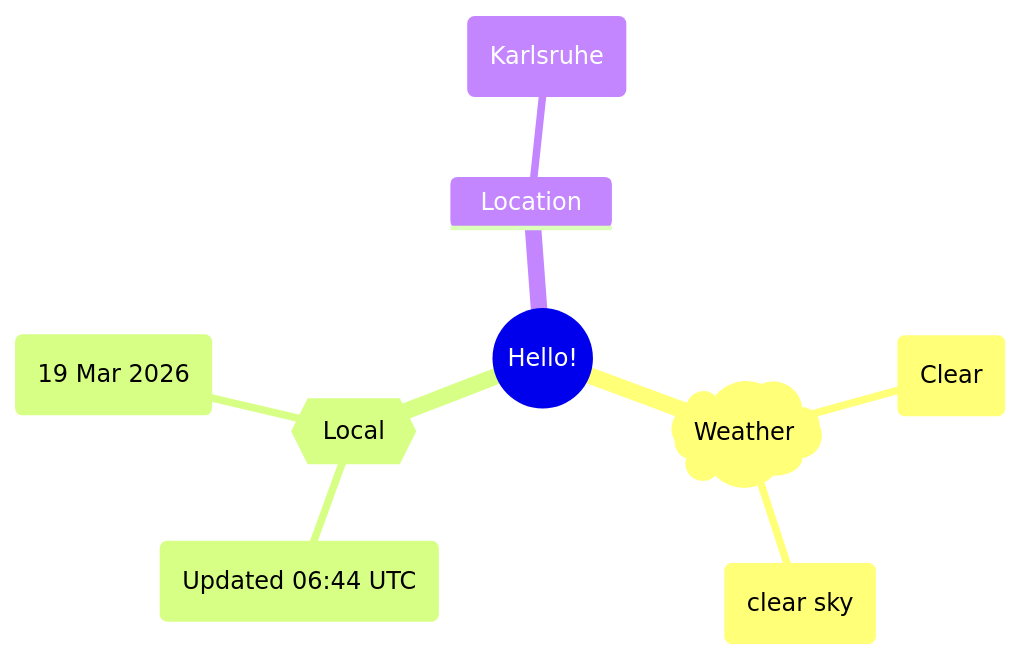
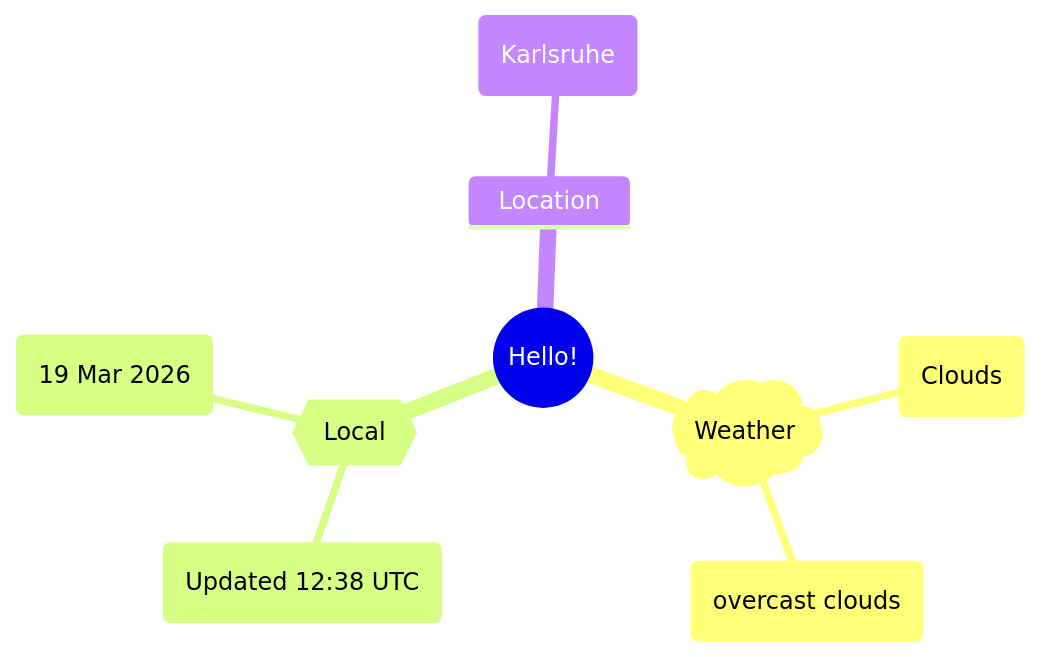
Before and after one commit to Xosrov/Xosrov: the first of 2 diagrams in README.md, drawn with Mermaid.

Commit message:
[bot] updated images

````diff
--- a/README.md
+++ b/README.md
@@ -3,12 +3,12 @@
 ```mermaid
 mindmap
   root((Hello!))
     )Weather(
-        (Clear)
-        (clear sky)
+        (Clouds)
+        (overcast clouds)
     {{Local}}
-        (Updated 06:44 UTC)
+        (Updated 12:38 UTC)
         (19 Mar 2026)
     Location
         (Karlsruhe)
 ```
````
